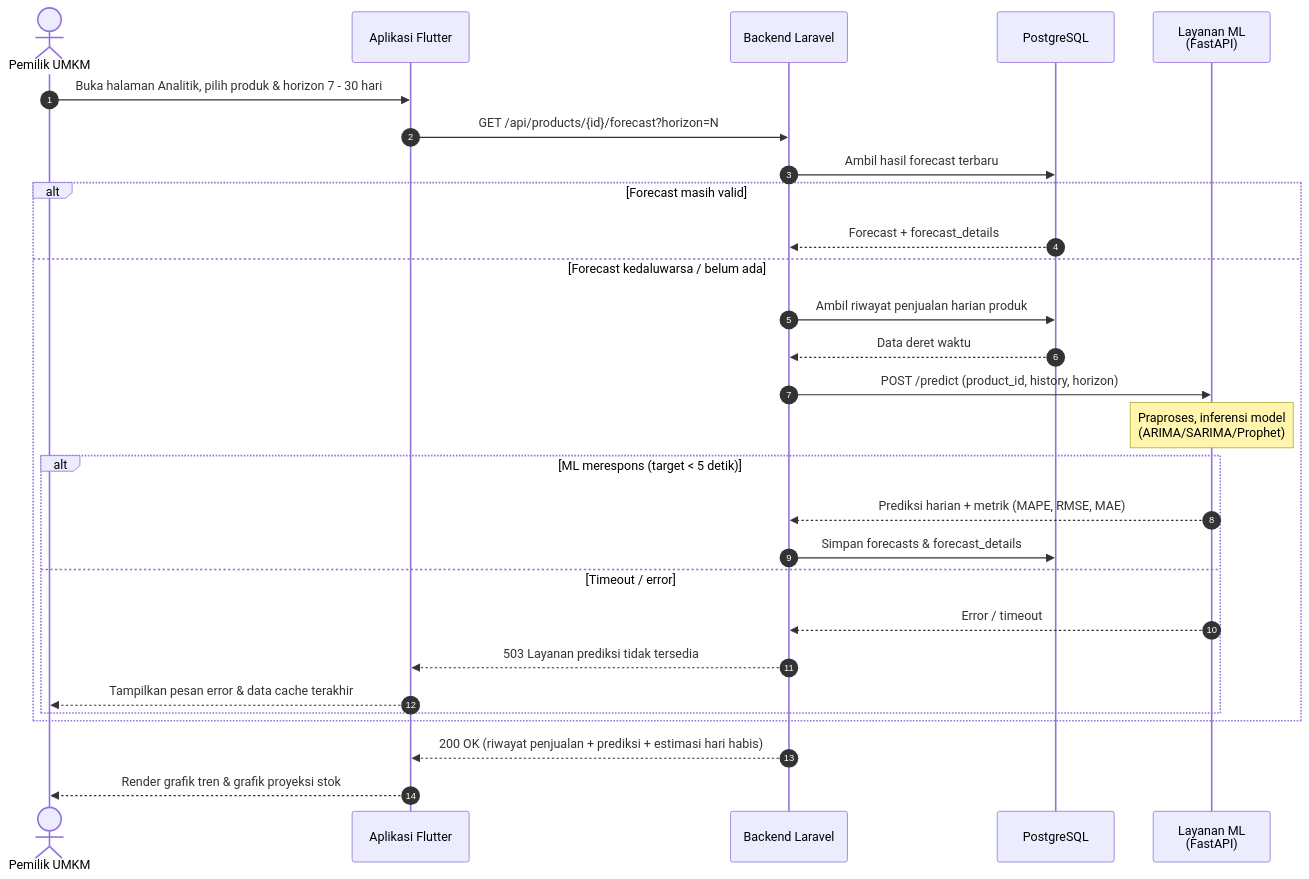
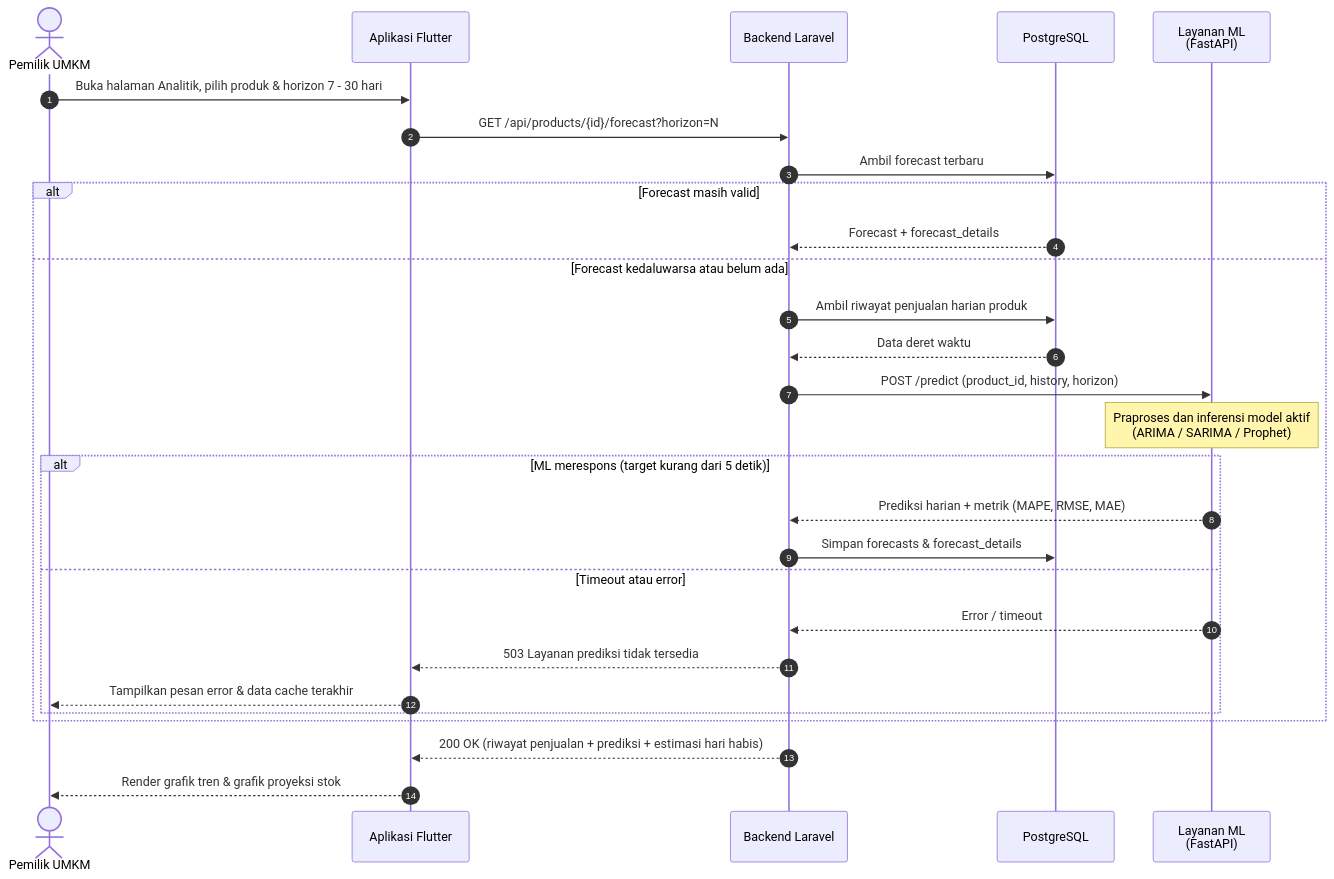
Before and after one commit to Olyvian/UMKM_SIGHT: the fifth of 14 diagrams in README.md, drawn with Mermaid. The commit also changed other lines of this file, not shown here.

````diff
--- a/README.md
+++ b/README.md
@@ -291,31 +401,31 @@
 ```mermaid
 sequenceDiagram
     autonumber
     actor U as Pemilik UMKM
     participant APP as Aplikasi Flutter
     participant API as Backend Laravel
     participant DB as PostgreSQL
     participant ML as Layanan ML<br/>(FastAPI)
 
     U->>APP: Buka halaman Analitik, pilih produk & horizon 7 - 30 hari
     APP->>API: GET /api/products/{id}/forecast?horizon=N
-    API->>DB: Ambil hasil forecast terbaru
+    API->>DB: Ambil forecast terbaru
     alt Forecast masih valid
         DB-->>API: Forecast + forecast_details
-    else Forecast kedaluwarsa / belum ada
+    else Forecast kedaluwarsa atau belum ada
         API->>DB: Ambil riwayat penjualan harian produk
         DB-->>API: Data deret waktu
         API->>ML: POST /predict (product_id, history, horizon)
-        Note over ML: Praproses, inferensi model<br/>(ARIMA/SARIMA/Prophet)
-        alt ML merespons (target < 5 detik)
+        Note over ML: Praproses dan inferensi model aktif<br/>(ARIMA / SARIMA / Prophet)
+        alt ML merespons (target kurang dari 5 detik)
             ML-->>API: Prediksi harian + metrik (MAPE, RMSE, MAE)
             API->>DB: Simpan forecasts & forecast_details
-        else Timeout / error
+        else Timeout atau error
             ML-->>API: Error / timeout
             API-->>APP: 503 Layanan prediksi tidak tersedia
             APP-->>U: Tampilkan pesan error & data cache terakhir
         end
     end
     API-->>APP: 200 OK (riwayat penjualan + prediksi + estimasi hari habis)
     APP-->>U: Render grafik tren & grafik proyeksi stok
 ```
````
